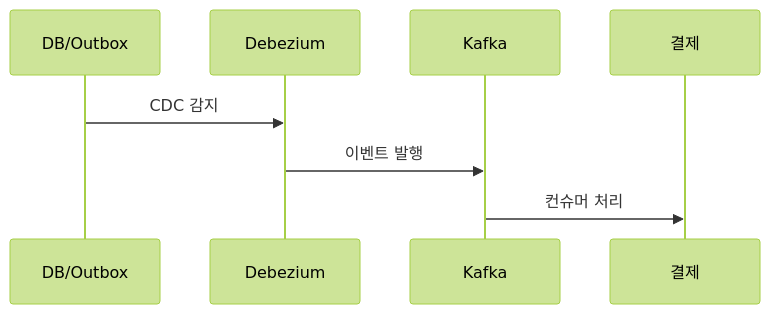
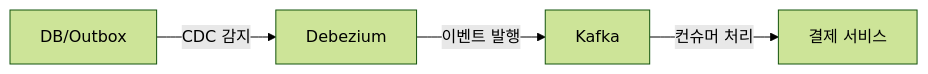
One commit to yjkim2015/yjkim2015.github.io changed the fourth of 12 diagrams in _posts/kafka/2026-05-03-kafka-practical-patterns.md. Above: the diagram before and after it, drawn with Mermaid (forest theme). The commit also changed other lines of this file and 84 other files, not shown here.

First line of the commit message:
85개 포스트 Mermaid 다이어그램 규칙 일괄 수정

````diff
--- a/_posts/kafka/2026-05-03-kafka-practical-patterns.md
+++ b/_posts/kafka/2026-05-03-kafka-practical-patterns.md
@@ -102,7 +102,10 @@
 ```mermaid
-sequenceDiagram
-    participant DB as DB/Outbox
-    DB->>Debezium: CDC 감지
-    Debezium->>Kafka: 이벤트 발행
-    Kafka->>결제: 컨슈머 처리
+graph LR
+    DB["DB/Outbox"]
+    DZ["Debezium"]
+    K["Kafka"]
+    결제["결제 서비스"]
+    DB -->|"CDC 감지"| DZ
+    DZ -->|"이벤트 발행"| K
+    K -->|"컨슈머 처리"| 결제
 ```
````
